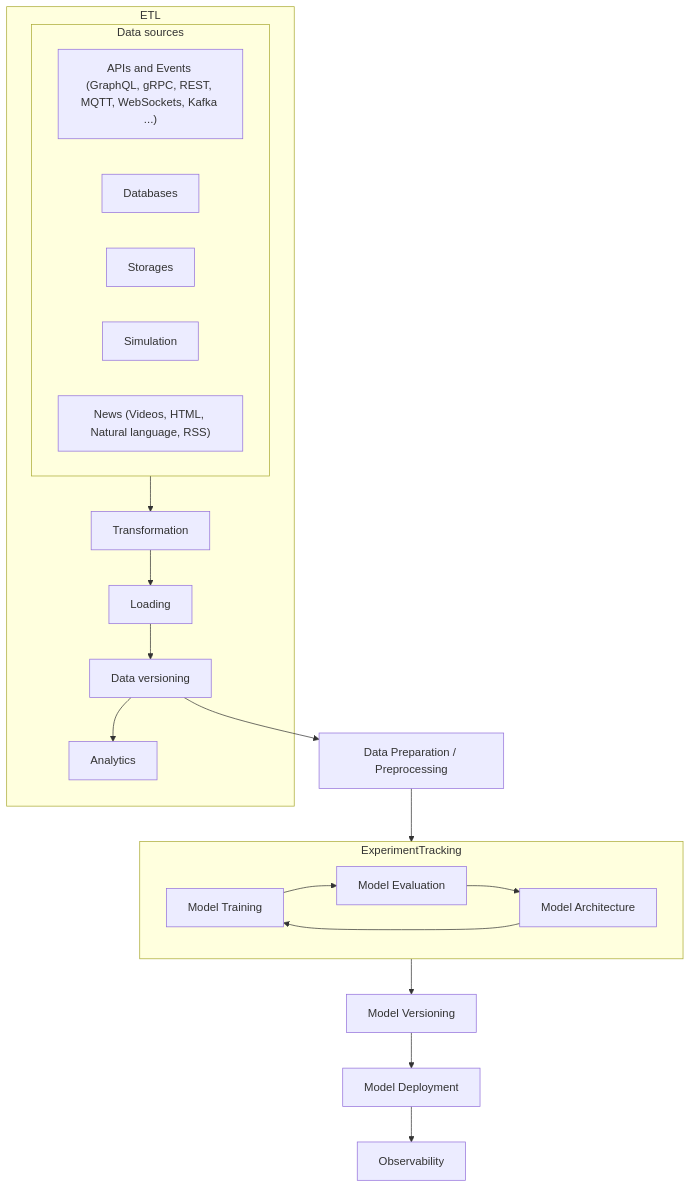
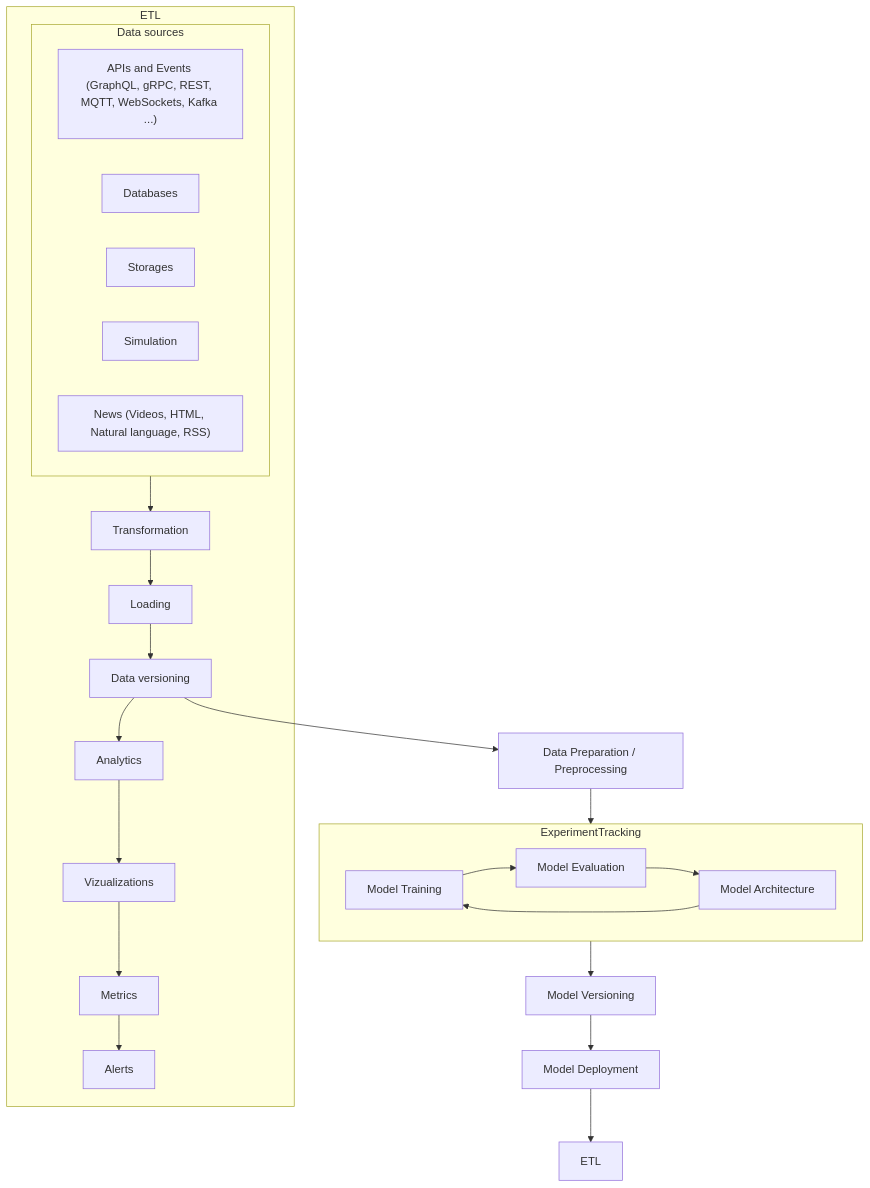
Before and after one commit to sanchezcarlosjr/evolufy: the diagram in README.md, drawn with Mermaid.

````diff
--- a/README.md
+++ b/README.md
@@ -18,30 +18,33 @@
 ```mermaid
   graph TD;
       subgraph ETL 
           subgraph DataSources["Data sources"]
               APIs["APIs and Events (GraphQL, gRPC, REST, MQTT, WebSockets, Kafka ...)"]
               Databases
               Storages
               Simulation
               News["News (Videos, HTML, Natural language, RSS)"]
           end
           DataSources
           -->Transformation
           -->Loading
           -->DataVersioning["Data versioning"]
           -->Analytics
+          -->Vizualizations
+          -->Metrics
+          -->Alerts
       end
       DataVersioning
       -->DataPreparation["Data Preparation / Preprocessing"]
       -->ExperimentTracking
       subgraph ExperimentTracking
           ModelTraining["Model Training"]
           -->ModelEvaluation["Model Evaluation"]
           -->ModelArchitecture["Model Architecture"]
           -->ModelTraining
       end
       ExperimentTracking
       -->ModelVersioning["Model Versioning"]
       -->ModelDeployment["Model Deployment"]
-     -->Observability
+     -->ETL
 ```
````
